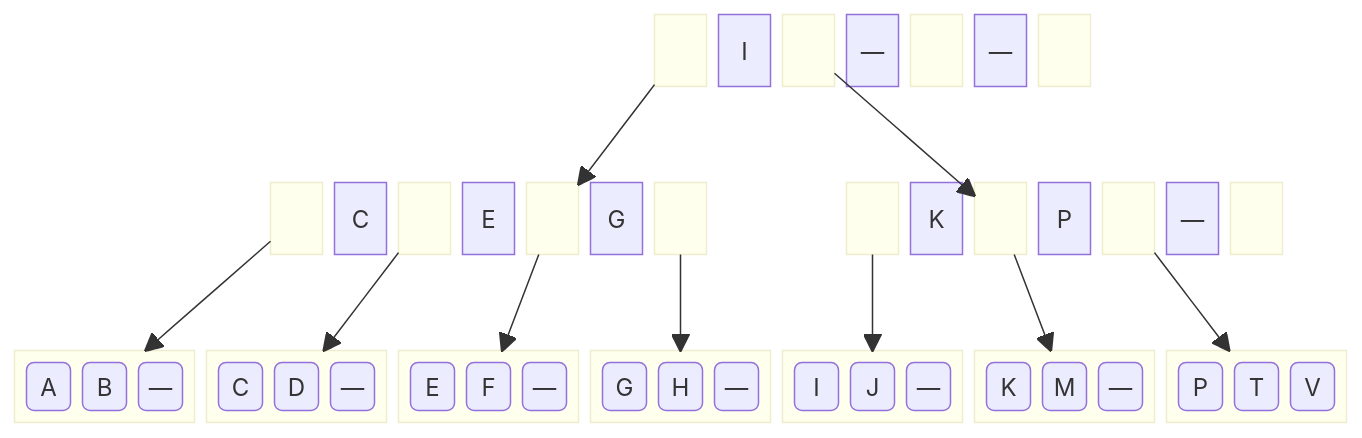
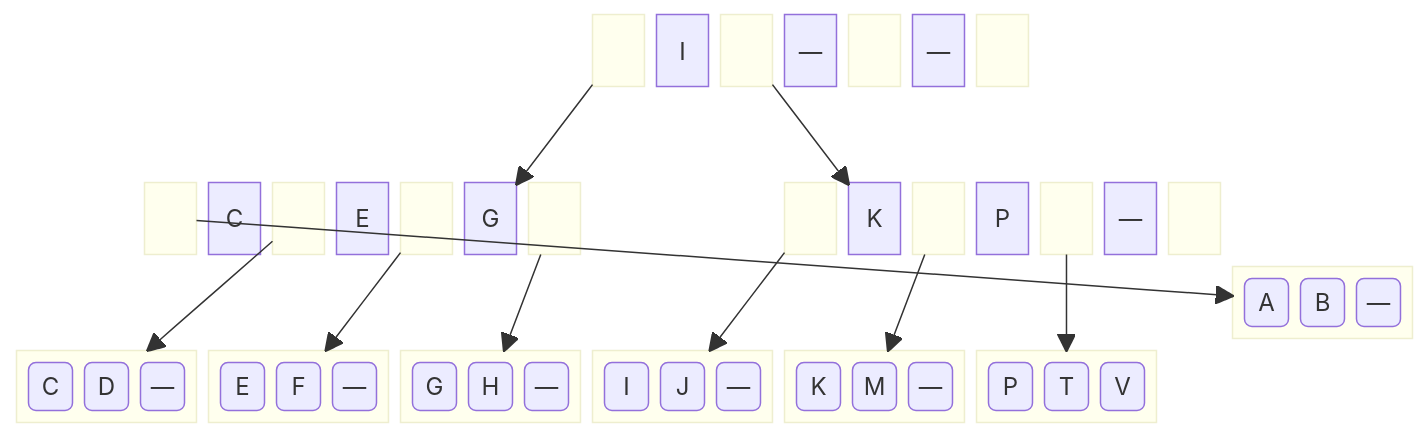
Before and after one commit to BenhurUFSM/pod26b: the eighth of 8 diagrams in Assuntos/busca-ext.md, drawn with Mermaid.

````diff
--- a/Assuntos/busca-ext.md
+++ b/Assuntos/busca-ext.md
@@ -131,33 +131,32 @@
 ```mermaid
 block
   columns 21
-  space:10
+  space:9
   block:rl1 space end ra["I"] block:rl2 space end rb["—"] block:rl3 space end rc["—"] block:rl4 space end
-  space:4
+  space:5
   space:21
 
-  space:4
+  space:2
   block:i1l1 space end i1a["C"] block:i1l2 space end i1b["E"] block:i1l3 space end i1c["G"] block:i1l4 space end
-  space:2
+  space:3
   block:i2l1 space end i2a["K"] block:i2l2 space end i2b["P"] block:i2l3 space end i2c["—"] block:i2l4 space end
-  space
   space:21
 
   block:f1:3 f1a("A") f1b("B") f1c("—") end
   block:f7:3 f7a("C") f7b("D") f7c("—") end
   block:f5:3 f5a("E") f5b("F") f5c("—") end
   block:f3:3 f3a("G") f3b("H") f3c("—") end
   block:f6:3 f6a("I") f6b("J") f6c("—") end
   block:f4:3 f4a("K") f4b("M") f4c("—") end
   block:f2:3 f2a("P") f2b("T") f2c("V") end
 
-  rl1-->i1l3
-  rl2-->i2l2
+  rl1-->i1c
+  rl2-->i2a
   i1l1-->f1
   i1l2-->f7
   i1l3-->f5
   i1l4-->f3
   i2l1-->f6
   i2l2-->f4
   i2l3-->f2
 ```
````
